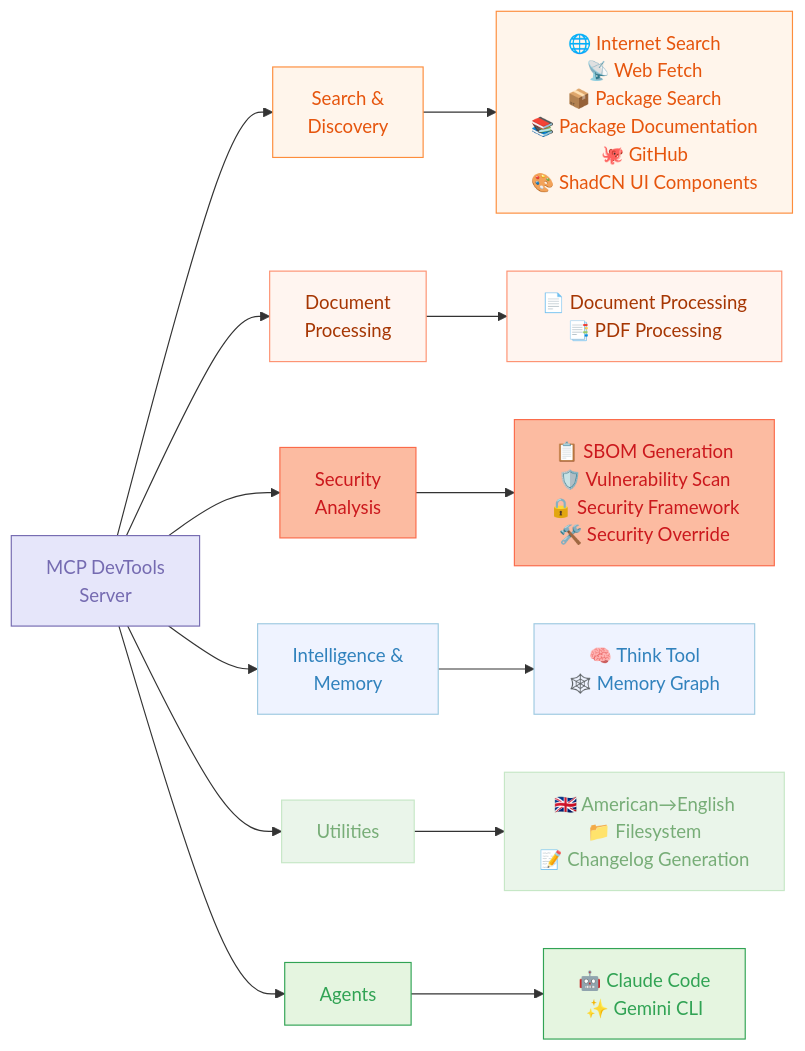
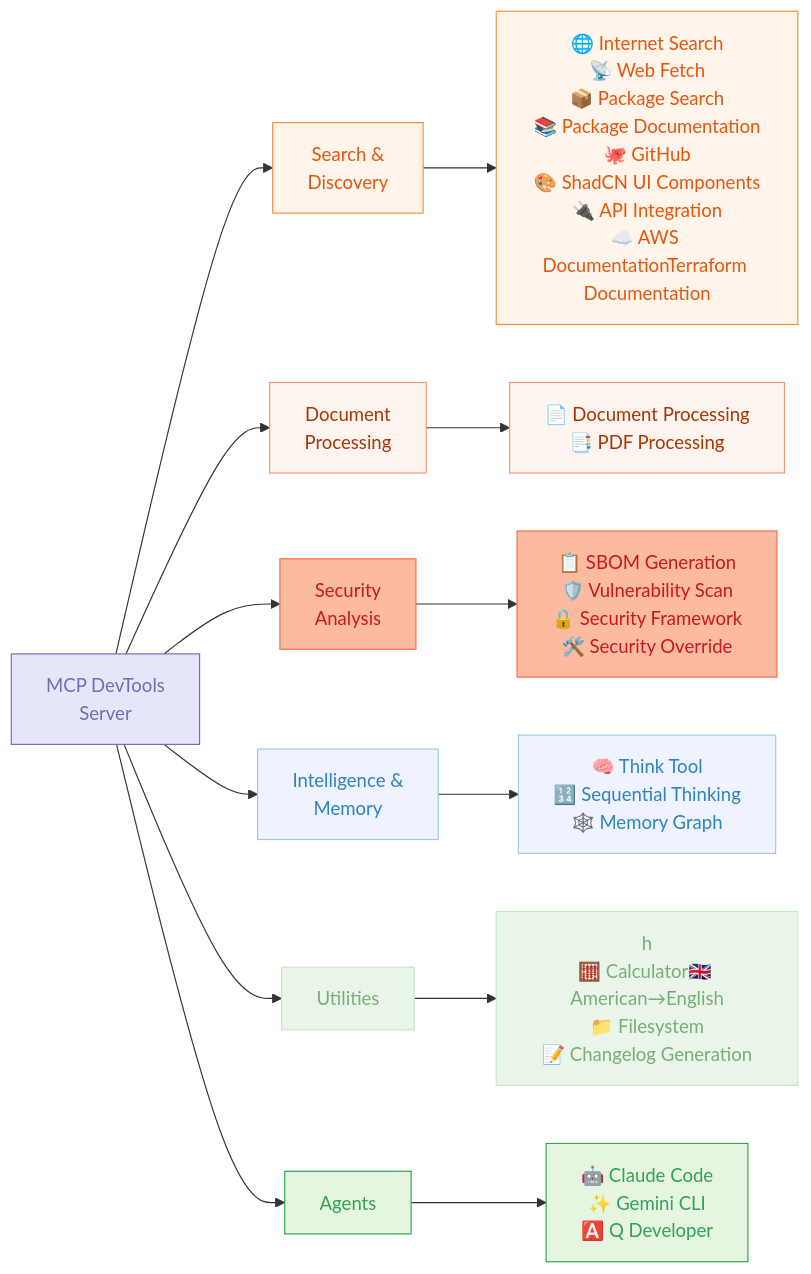
The first of 3 diagrams in content/posts/2025-08-18-mcp-devtools/index.md (sammcj/smcleod), drawn with Mermaid before and after one commit. The commit also changed other lines of this file, not shown here.

````diff
--- a/content/posts/2025-08-18-mcp-devtools/index.md
+++ b/content/posts/2025-08-18-mcp-devtools/index.md
@@ -47,42 +47,42 @@
 ```mermaid
 graph LR
     A[MCP DevTools<br>Server]
 
     A --> B[Search &<br>Discovery]
     A --> C[Document<br>Processing]
     A --> D[Security<br>Analysis]
     A --> E[Intelligence &<br>Memory]
     A --> F[Utilities]
     A --> G[Agents]
 
-    B --> B_Tools[🌐 Internet Search<br>📡 Web Fetch<br>📦 Package Search<br>📚 Package Documentation<br>🐙 GitHub<br>🎨 ShadCN UI Components]
+    B --> B_Tools[🌐 Internet Search<br>📡 Web Fetch<br>📦 Package Search<br>📚 Package Documentation<br>🐙 GitHub<br>🎨 ShadCN UI Components<br>🔌 API Integration<br>☁️ AWS Documentation<br📝>Terraform Documentation]
 
     C --> C_Tools[📄 Document Processing<br>📑 PDF Processing]
 
     D --> D_Tools[📋 SBOM Generation<br>🛡️ Vulnerability Scan<br>🔒 Security Framework<br>🛠️ Security Override]
 
-    E --> E_Tools[🧠 Think Tool<br>🕸️ Memory Graph]
+    E --> E_Tools[🧠 Think Tool<br>🔢 Sequential Thinking<br>🕸️ Memory Graph]
 
-    F --> F_Tools[🇬🇧 American→English<br>📁 Filesystem<br>📝 Changelog Generation]
+    F --> F_Tools[h<br>🧮 Calculator🇬🇧 American→English<br>📁 Filesystem<br>📝 Changelog Generation]
 
-    G --> G_Tools[🤖 Claude Code<br>✨ Gemini CLI]
+    G --> G_Tools[🤖 Claude Code<br>✨ Gemini CLI<br>🅰️ Q Developer]
 
     classDef inputOutput fill:#FEE0D2,stroke:#E6550D,color:#E6550D
     classDef llm fill:#E5F5E0,stroke:#31A354,color:#31A354
     classDef components fill:#E6E6FA,stroke:#756BB1,color:#756BB1
     classDef process fill:#EAF5EA,stroke:#C6E7C6,color:#77AD77
     classDef stop fill:#E5E1F2,stroke:#C7C0DE,color:#8471BF
     classDef data fill:#EFF3FF,stroke:#9ECAE1,color:#3182BD
     classDef decision fill:#FFF5EB,stroke:#FD8D3C,color:#E6550D
     classDef storage fill:#F2F0F7,stroke:#BCBDDC,color:#756BB1
     classDef api fill:#FFF5F0,stroke:#FD9272,color:#A63603
     classDef error fill:#FCBBA1,stroke:#FB6A4A,color:#CB181D
 
     class A components
     class B,B_Tools decision
     class C,C_Tools api
     class D,D_Tools error
     class E,E_Tools data
     class F,F_Tools process
     class G,G_Tools llm
 ```
````
